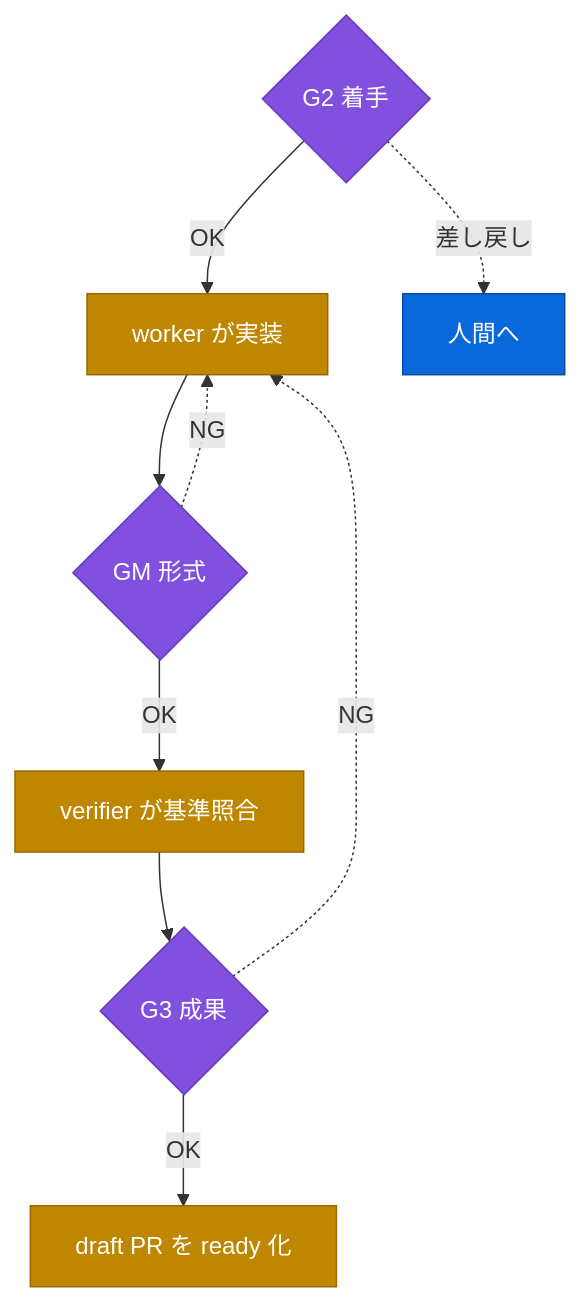
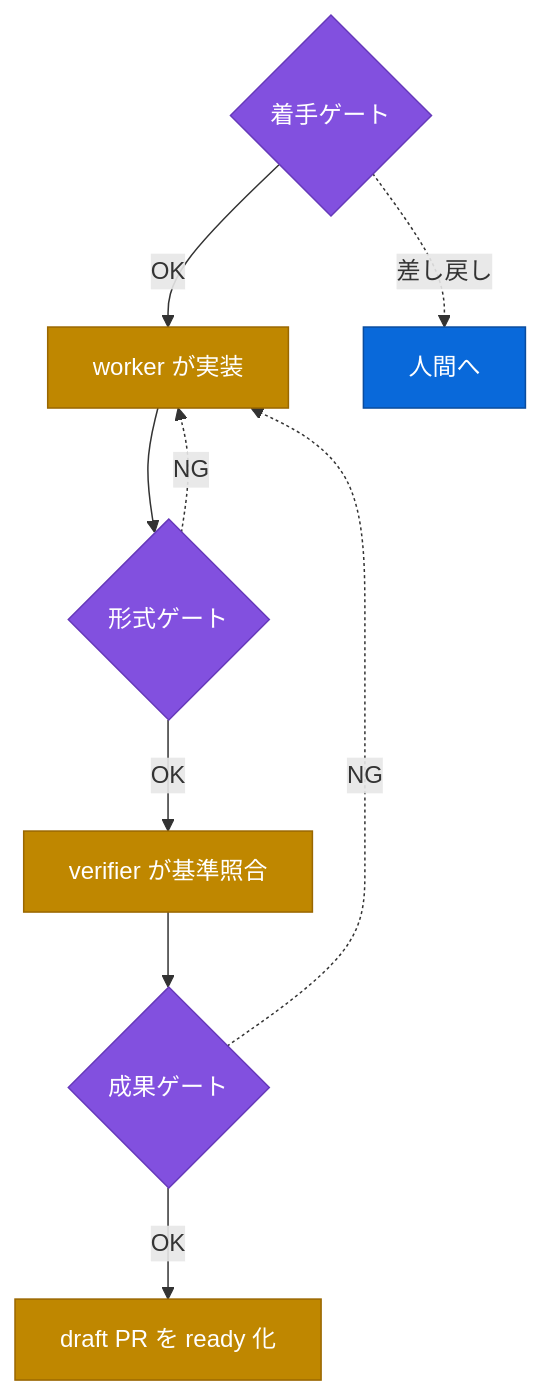
The second of 2 diagrams in README.md (reonyanarticle/tasuki), drawn with Mermaid before and after one commit. The commit also changed other lines of this file and 26 other files, not shown here.

````diff
--- a/README.md
+++ b/README.md
@@ -78,17 +82,17 @@
 ```mermaid
 flowchart TD
     accTitle: 子 issue 1件がゲートを通る流れ
-    accDescr: G2 着手ゲートを通ると worker が実装し、GM 形式検査と verifier の基準照合を経て G3 成果ゲートに至り、draft PR が ready になる。GM と G3 の差し戻しは worker に戻り、G2 の差し戻しは人間に戻る。
+    accDescr: 着手ゲートを通ると worker が実装し、形式ゲートと verifier の基準照合を経て成果ゲートに至り、draft PR が ready になる。形式ゲートと成果ゲートの差し戻しは worker に戻り、着手ゲートの差し戻しは人間に戻る。
     classDef human fill:#0969da,stroke:#0a4c9e,color:#fff
     classDef gate fill:#8250df,stroke:#6639ba,color:#fff
     classDef work fill:#bf8700,stroke:#9a6700,color:#fff
 
-    G2{"G2 着手"}:::gate -->|OK| W["worker が実装"]:::work
-    W --> GM{"GM 形式"}:::gate
-    GM -->|OK| V["verifier が基準照合"]:::work
-    V --> G3{"G3 成果"}:::gate
-    G3 -->|OK| R["draft PR を ready 化"]:::work
-    GM -.->|NG| W
-    G3 -.->|NG| W
-    G2 -.->|差し戻し| T["人間へ"]:::human
+    start{"着手ゲート"}:::gate -->|OK| W["worker が実装"]:::work
+    W --> checks{"形式ゲート"}:::gate
+    checks -->|OK| V["verifier が基準照合"]:::work
+    V --> outcome{"成果ゲート"}:::gate
+    outcome -->|OK| R["draft PR を ready 化"]:::work
+    checks -.->|NG| W
+    outcome -.->|NG| W
+    start -.->|差し戻し| T["人間へ"]:::human
 ```
````
